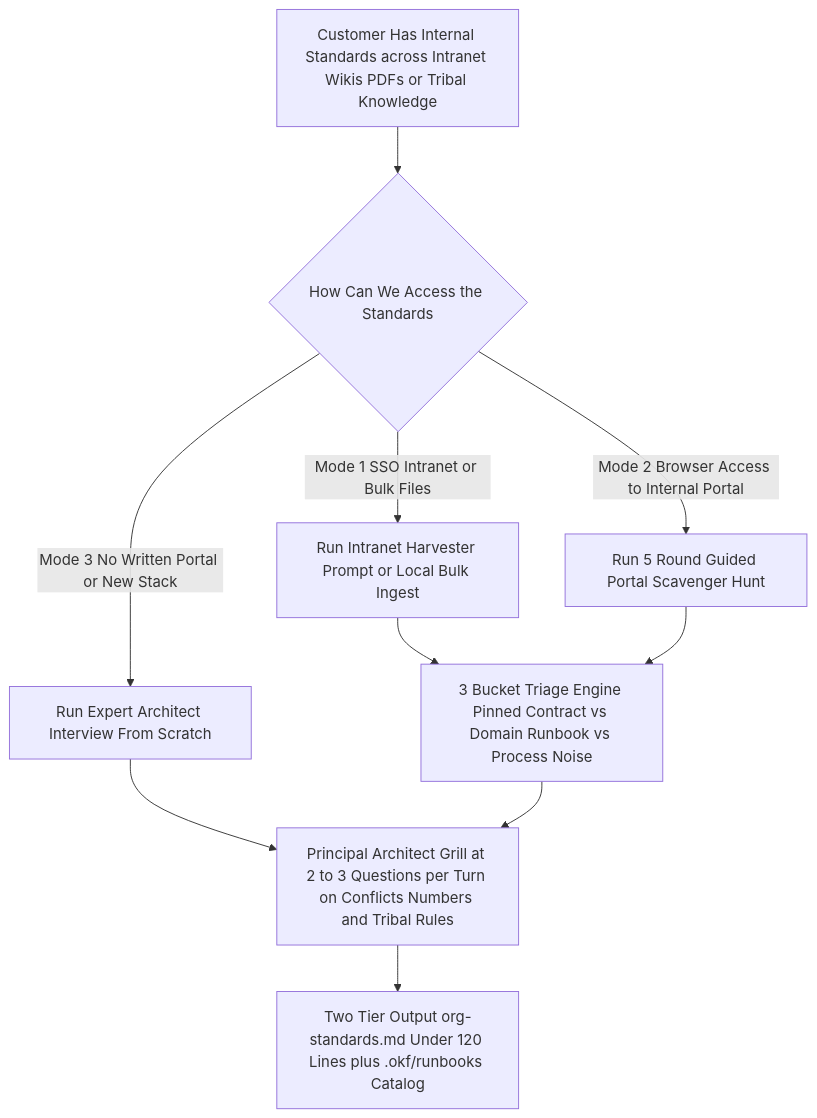
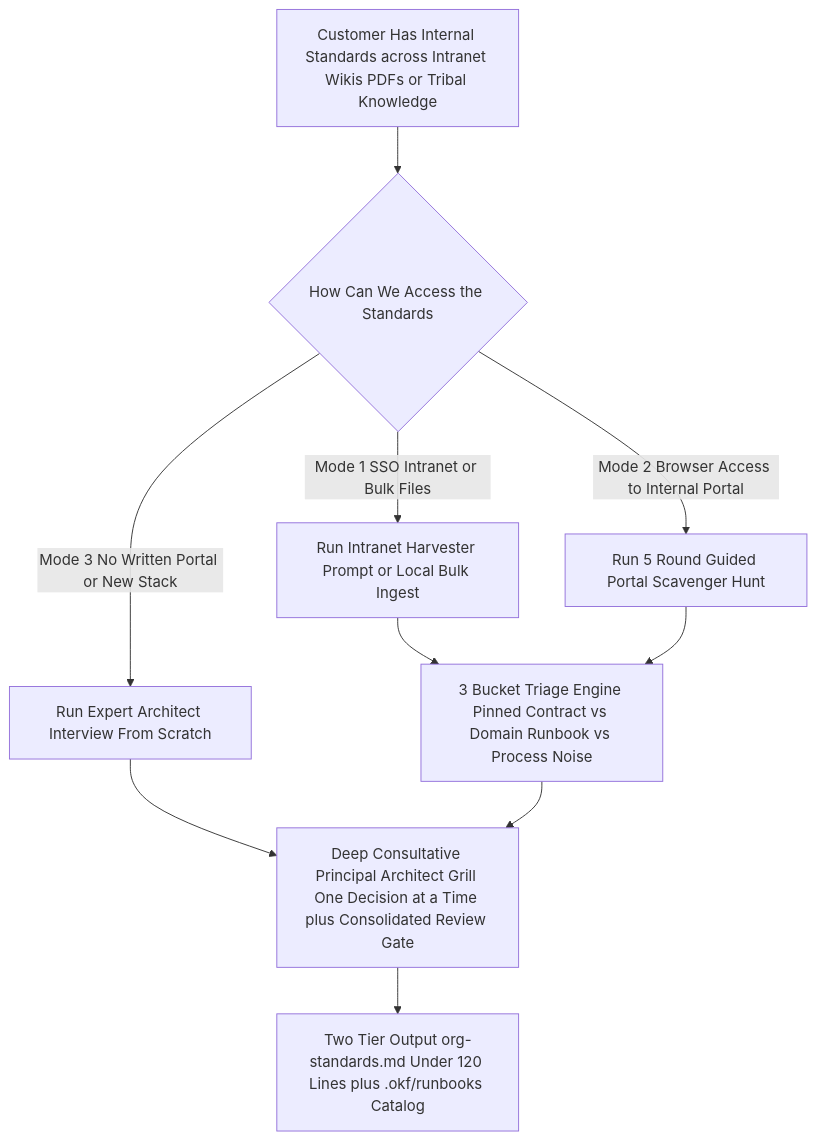
The diagram in skills/org-standards-builder/README.md (cwserna/asdlc-customer-kit), drawn with Mermaid before and after one commit. The commit also changed other lines of this file and 33 other files, not shown here.

````diff
--- a/skills/org-standards-builder/README.md
+++ b/skills/org-standards-builder/README.md
@@ -21,12 +21,12 @@
 ```mermaid
 flowchart TD
     Start["Customer Has Internal Standards across Intranet Wikis PDFs or Tribal Knowledge"] --> Choice{"How Can We Access the Standards"}
     Choice -- "Mode 1 SSO Intranet or Bulk Files" --> M1["Run Intranet Harvester Prompt or Local Bulk Ingest"]
     Choice -- "Mode 2 Browser Access to Internal Portal" --> M2["Run 5 Round Guided Portal Scavenger Hunt"]
     Choice -- "Mode 3 No Written Portal or New Stack" --> M3["Run Expert Architect Interview From Scratch"]
     M1 --> Triage["3 Bucket Triage Engine Pinned Contract vs Domain Runbook vs Process Noise"]
     M2 --> Triage
     M3 --> Grill
-    Triage --> Grill["Principal Architect Grill at 2 to 3 Questions per Turn on Conflicts Numbers and Tribal Rules"]
+    Triage --> Grill["Deep Consultative Principal Architect Grill One Decision at a Time plus Consolidated Review Gate"]
     Grill --> Output["Two Tier Output org-standards.md Under 120 Lines plus .okf/runbooks Catalog"]
 ```
````
